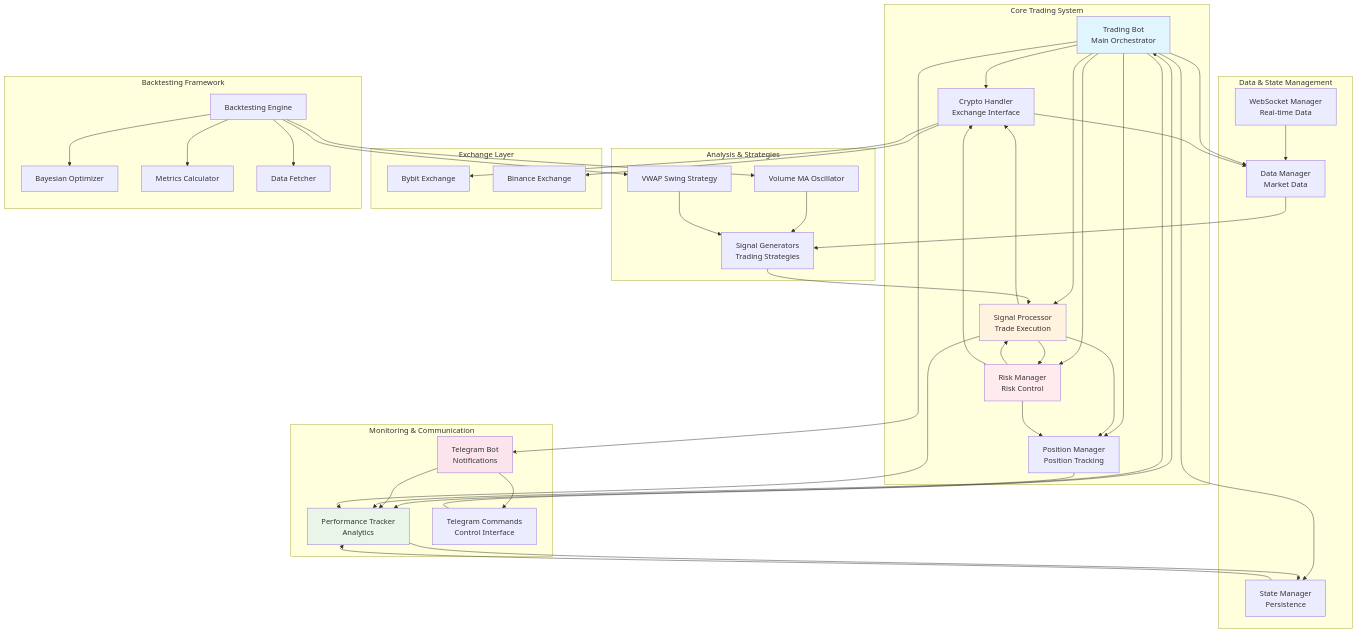
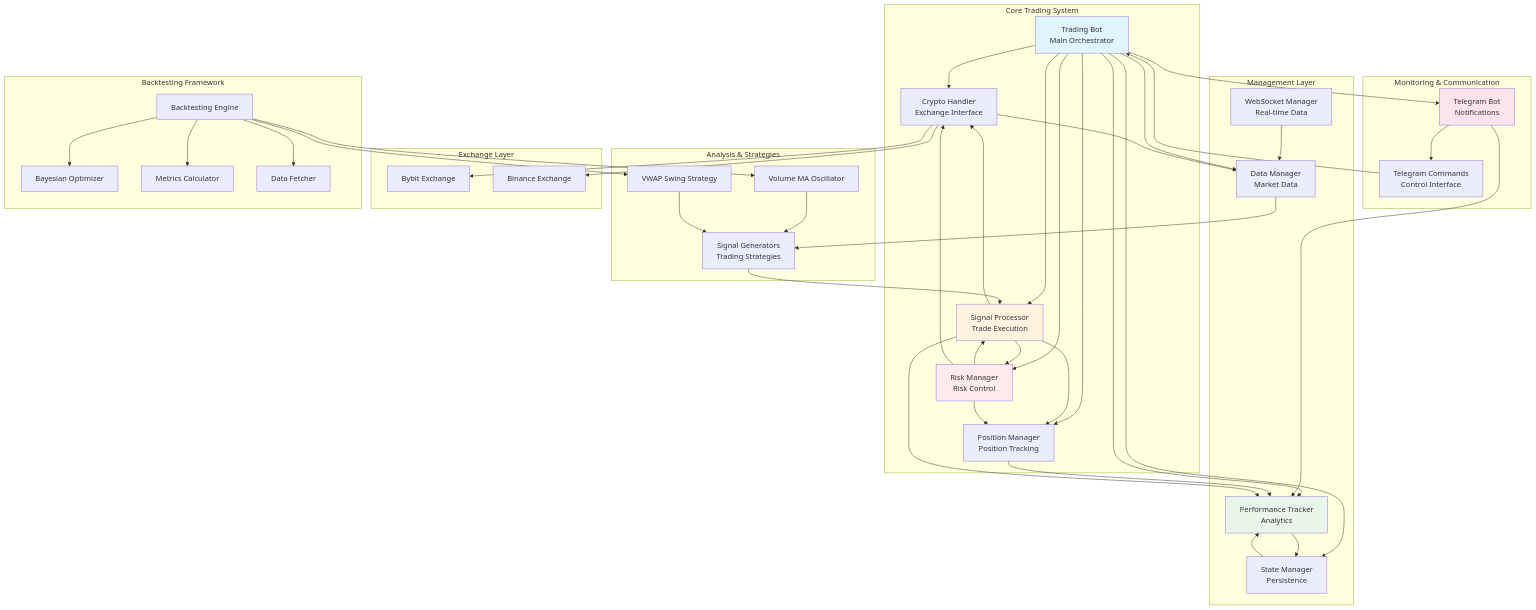
The second of 2 diagrams in README.md (dante-bills1/Quant-bot-CRYPTO), drawn with Mermaid before and after one commit. The commit also changed other lines of this file, not shown here.

```diff
--- a/README.md
+++ b/README.md
@@ -265,10 +299,11 @@
         RM[Risk Manager<br/>Risk Control]
     end
     
-    subgraph "Data & State Management"
+    subgraph "Management Layer"
         DM[Data Manager<br/>Market Data]
         SM[State Manager<br/>Persistence]
         WS[WebSocket Manager<br/>Real-time Data]
+        PT[Performance Tracker<br/>Analytics]
     end
     
     subgraph "Analysis & Strategies"
```
